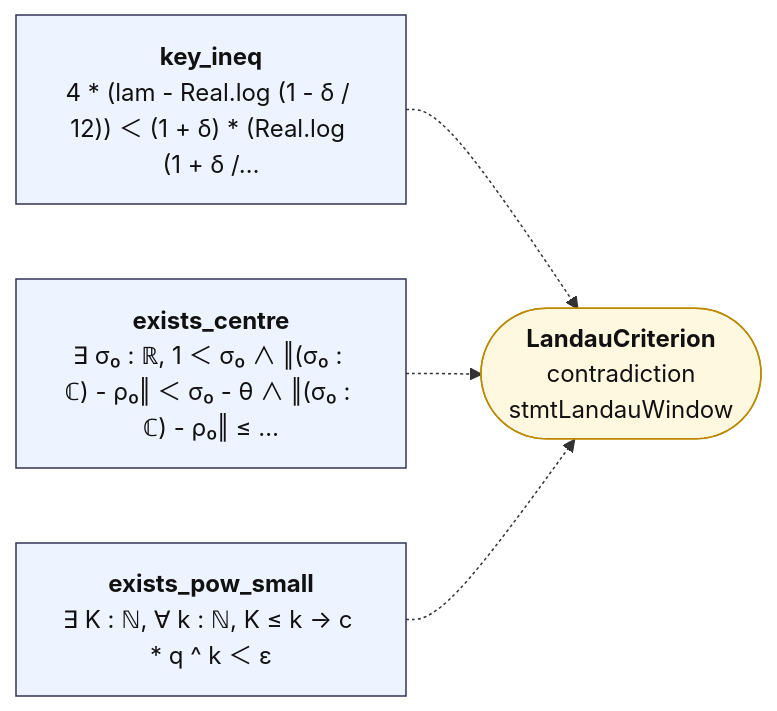
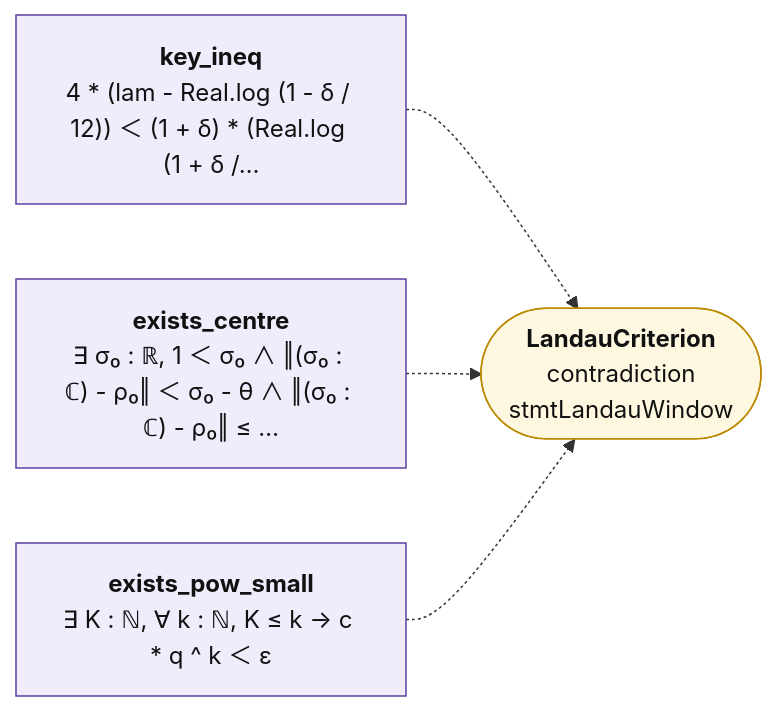
The diagram in map/lean_stage3/LandauRates.md (juliansambranojr/Primebeat_081426), drawn with Mermaid before and after one commit. The commit also changed other lines of this file and 398 other files, not shown here.

````diff
--- a/map/lean_stage3/LandauRates.md
+++ b/map/lean_stage3/LandauRates.md
@@ -12,15 +12,18 @@
 ```mermaid
 flowchart LR
-  n0["<b>key_ineq</b><br/>4 * (lam - Real.log (1 - δ / 12)) ＜ (1 + δ) * (Real.log (1 + δ /…"]:::thm
-  n1["<b>exists_centre</b><br/>∃ σ₀ : ℝ, 1 ＜ σ₀ ∧ ‖(σ₀ : ℂ) - ρ₀‖ ＜ σ₀ - θ ∧ ‖(σ₀ : ℂ) - ρ₀‖ ≤ …"]:::thm
-  n2["<b>exists_pow_small</b><br/>∃ K : ℕ, ∀ k : ℕ, K ≤ k → c * q ^ k ＜ ε"]:::thm
+  n0["<b>key_ineq</b><br/>4 * (lam - Real.log (1 - δ / 12)) ＜ (1 + δ) * (Real.log (1 + δ /…"]:::shp
+  n1["<b>exists_centre</b><br/>∃ σ₀ : ℝ, 1 ＜ σ₀ ∧ ‖(σ₀ : ℂ) - ρ₀‖ ＜ σ₀ - θ ∧ ‖(σ₀ : ℂ) - ρ₀‖ ≤ …"]:::shp
+  n2["<b>exists_pow_small</b><br/>∃ K : ℕ, ∀ k : ℕ, K ≤ k → c * q ^ k ＜ ε"]:::shp
   x0(["<b>LandauCriterion</b><br/>contradiction<br/>stmtLandauWindow"]):::ext
   n0 -.-> x0
   n1 -.-> x0
   n2 -.-> x0
+  classDef cnt fill:#dff5ec,stroke:#17694a,color:#111
+  classDef shp fill:#f1ecfb,stroke:#5b3fa0,color:#111
+  classDef rh fill:#ffe5e5,stroke:#c22,color:#111,stroke-width:2px
   classDef thm fill:#eef4ff,stroke:#335,color:#111
   classDef end_ fill:#e7f7e7,stroke:#2a7,color:#111,stroke-width:2px
   classDef lone fill:#fff,stroke:#999,color:#111,stroke-dasharray:4 3
   classDef bad fill:#ffe5e5,stroke:#c22,color:#111,stroke-width:2px
   classDef ext fill:#fff8e1,stroke:#b80,color:#111
 ```
````
